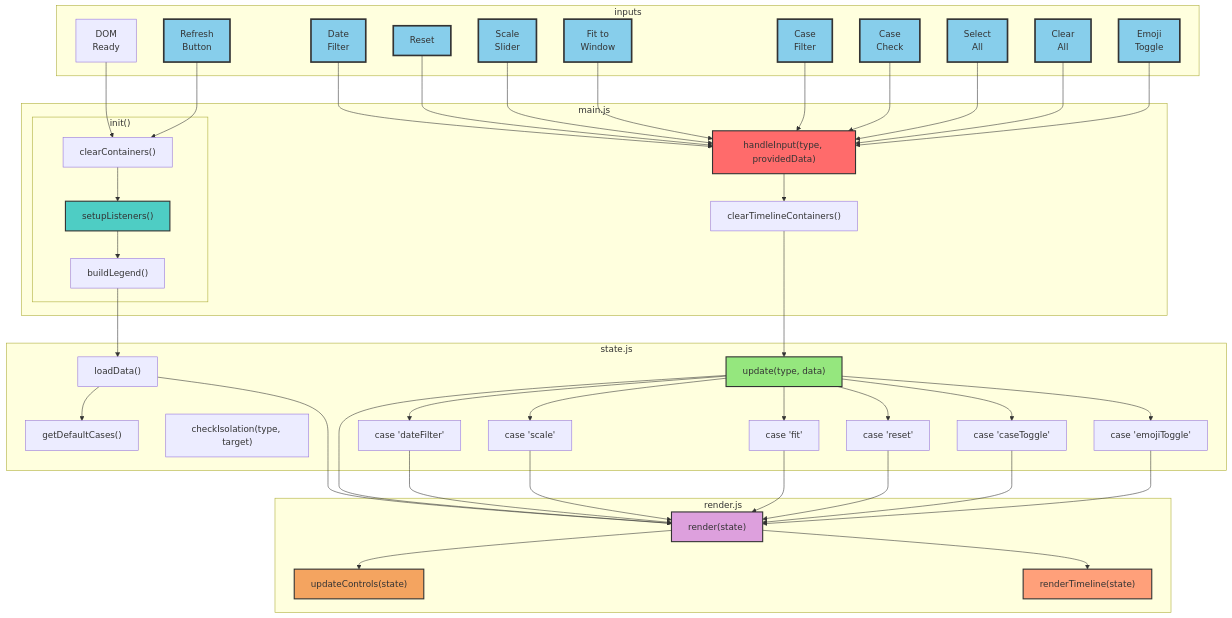
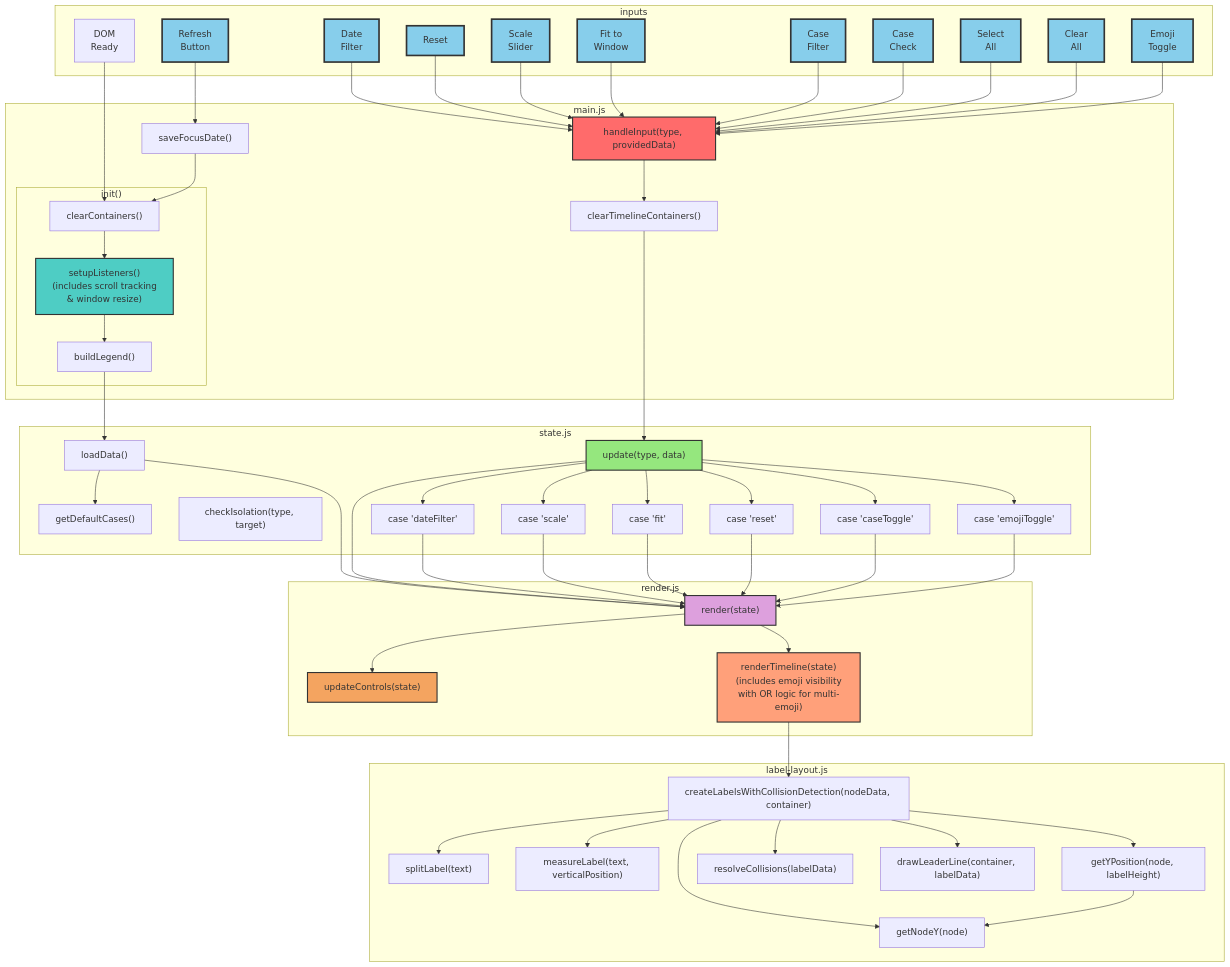
Before and after one commit to tdemelle-SiP/bakers_pond: the diagram in Resources/js-v2/architecture.md, drawn with Mermaid. The commit also changed other lines of this file and 9 other files, not shown here.

```diff
--- a/Resources/js-v2/architecture.md
+++ b/Resources/js-v2/architecture.md
@@ -24,10 +35,11 @@
     subgraph "main.js"
         subgraph "init()"
             clearContainers["clearContainers()"]
-            setupListeners["setupListeners()"]:::setupStyle
+            setupListeners["setupListeners()<br/>(includes scroll tracking<br/>& window resize)"]:::setupStyle
             buildLegend["buildLegend()"]
         end
         clearTimelineContainers["clearTimelineContainers()"]
+        saveFocusDate["saveFocusDate()"]
         handleInput["handleInput(type, providedData)"]:::handleInputStyle
     end
     
@@ -47,12 +59,23 @@
     subgraph "render.js"
         render["render(state)"]:::renderStyle
         updateControls["updateControls(state)"]:::updateControlsStyle
-        renderTimeline["renderTimeline(state)"]:::renderTimelineStyle
+        renderTimeline["renderTimeline(state)<br/>(includes emoji visibility<br/>with OR logic for multi-emoji)"]:::renderTimelineStyle
+    end
+    
+    subgraph "label-layout.js"
+        createLabelsWithCollisionDetection["createLabelsWithCollisionDetection(nodeData, container)"]
+        splitLabel["splitLabel(text)"]
+        measureLabel["measureLabel(text, verticalPosition)"]
+        getYPosition["getYPosition(node, labelHeight)"]
+        getNodeY["getNodeY(node)"]
+        resolveCollisions["resolveCollisions(labelData)"]
+        drawLeaderLine["drawLeaderLine(container, labelData)"]
     end
     
     %% Input connections
     DOM --> clearContainers
-    RefreshBtn --> clearContainers
+    RefreshBtn --> saveFocusDate
+    saveFocusDate --> clearContainers
     DateFilterBtn --> handleInput
     ResetBtn --> handleInput
     ScaleSlider --> handleInput
@@ -94,6 +117,16 @@
     %% Render.js connections
     render --> updateControls
     render --> renderTimeline
+    renderTimeline --> createLabelsWithCollisionDetection
+    
+    %% label-layout.js internal connections
+    createLabelsWithCollisionDetection --> splitLabel
+    createLabelsWithCollisionDetection --> measureLabel
+    createLabelsWithCollisionDetection --> getYPosition
+    createLabelsWithCollisionDetection --> getNodeY
+    createLabelsWithCollisionDetection --> resolveCollisions
+    createLabelsWithCollisionDetection --> drawLeaderLine
+    getYPosition --> getNodeY
     
     classDef userInput fill:#87ceeb,stroke:#333,stroke-width:3px
     classDef initStyle fill:#ffd700,stroke:#333,stroke-width:2px
```
